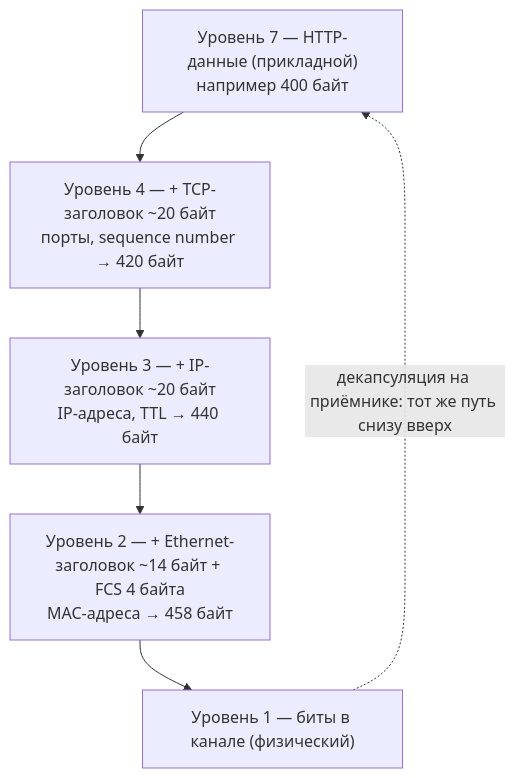
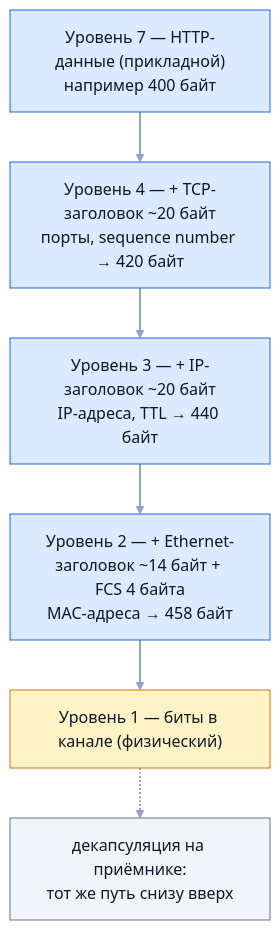
One commit to bogdan111305/java-senior-roadmap changed the second of 2 diagrams in kb/01-fundamentals/03-networking-basics/01-switching-and-osi.md. Above: the diagram before and after it, drawn with Mermaid. The commit also changed other lines of this file and 31 other files, not shown here.

````diff
--- a/kb/01-fundamentals/03-networking-basics/01-switching-and-osi.md
+++ b/kb/01-fundamentals/03-networking-basics/01-switching-and-osi.md
@@ -177,8 +187,17 @@
 ```mermaid
 flowchart TD
     A["Уровень 7 — HTTP-данные (прикладной)<br/>например 400 байт"] --> B["Уровень 4 — + TCP-заголовок ~20 байт<br/>порты, sequence number → 420 байт"]
     B --> C["Уровень 3 — + IP-заголовок ~20 байт<br/>IP-адреса, TTL → 440 байт"]
     C --> D["Уровень 2 — + Ethernet-заголовок ~14 байт + FCS 4 байта<br/>MAC-адреса → 458 байт"]
     D --> E["Уровень 1 — биты в канале (физический)"]
-    E -. декапсуляция на приёмнике: тот же путь снизу вверх .-> A
+    E -.-> DEC["декапсуляция на приёмнике:<br/>тот же путь снизу вверх"]
+    classDef main fill:#dbeafe,stroke:#2563eb,color:#0f172a
+    classDef accent fill:#fef3c7,stroke:#d97706,color:#0f172a
+    classDef good fill:#dcfce7,stroke:#16a34a,color:#0f172a
+    classDef muted fill:#f1f5f9,stroke:#64748b,color:#0f172a
+    classDef bad fill:#fee2e2,stroke:#dc2626,color:#0f172a
+    class A,B,C,D main
+    class E accent
+    class DEC muted
+    linkStyle default stroke:#94a3b8,stroke-width:2px
 ```
````
